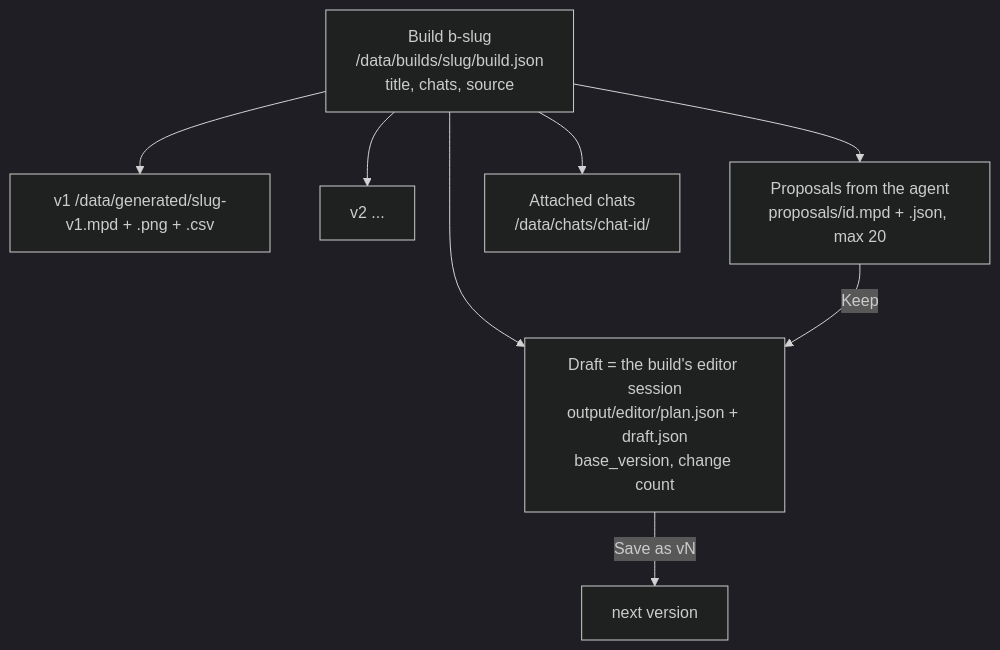
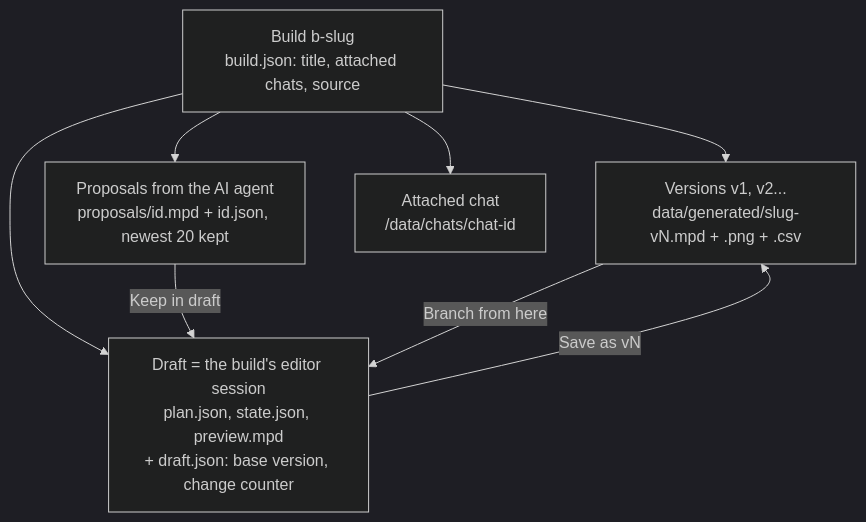
The diagram in docs/system/workspace-and-editor.md (AlessioNar/ldraw-nova), drawn with Mermaid (dark theme) before and after one commit. The commit also changed other lines of this file and 22 other files, not shown here.

````diff
--- a/docs/system/workspace-and-editor.md
+++ b/docs/system/workspace-and-editor.md
@@ -7,11 +11,11 @@
 ```mermaid
 flowchart TB
-  B[Build b-slug<br/>/data/builds/slug/build.json<br/>title, chats, source]
-  B --> V1[v1 /data/generated/slug-v1.mpd + .png + .csv]
-  B --> V2[v2 ...]
-  B --> D[Draft = the build's editor session<br/>output/editor/plan.json + draft.json<br/>base_version, change count]
-  B --> P[Proposals from the agent<br/>proposals/id.mpd + .json, max 20]
-  B --> C[Attached chats<br/>/data/chats/chat-id/]
-  D -- "Save as vN" --> V3[next version]
-  P -- Keep --> D
+  B["Build b-slug<br/>build.json: title, attached chats, source"]
+  B --> V["Versions v1, v2...<br/>data/generated/slug-vN.mpd + .png + .csv"]
+  B --> D["Draft = the build's editor session<br/>plan.json, state.json, preview.mpd<br/>+ draft.json: base version, change counter"]
+  B --> P["Proposals from the AI agent<br/>proposals/id.mpd + id.json, newest 20 kept"]
+  B --> C["Attached chat<br/>/data/chats/chat-id"]
+  D -- "Save as vN" --> V
+  P -- "Keep in draft" --> D
+  V -- "Branch from here" --> D
 ```
````
